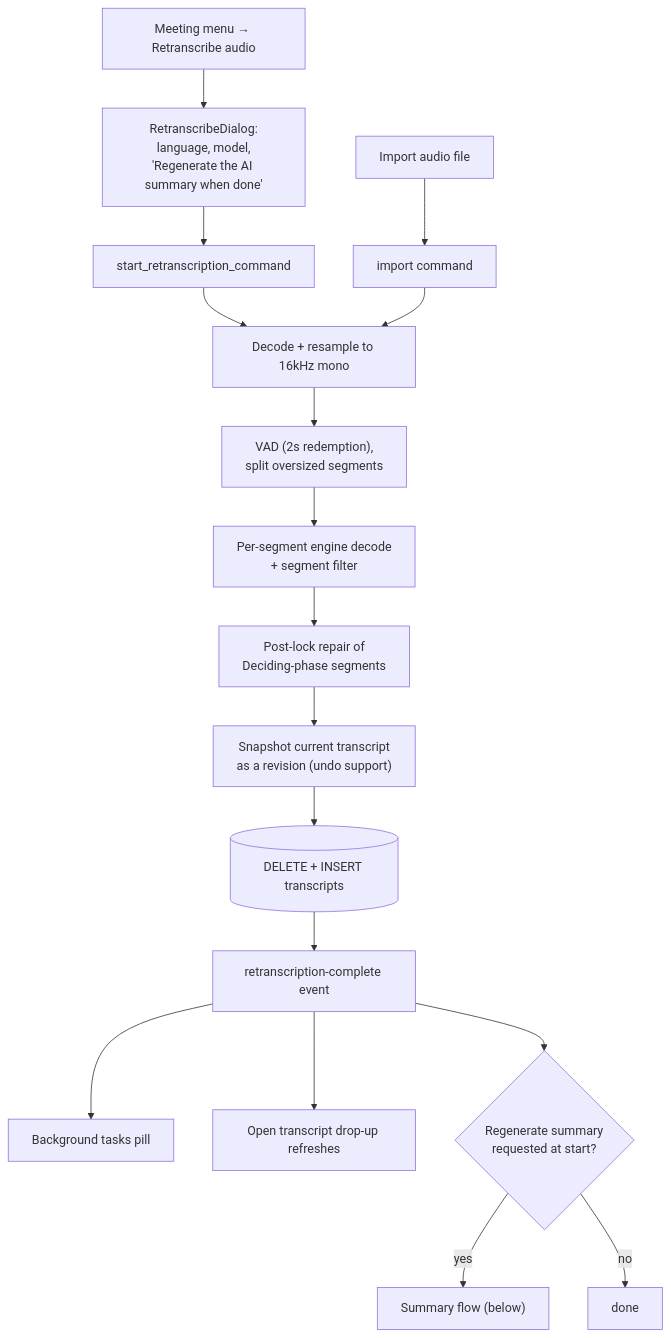
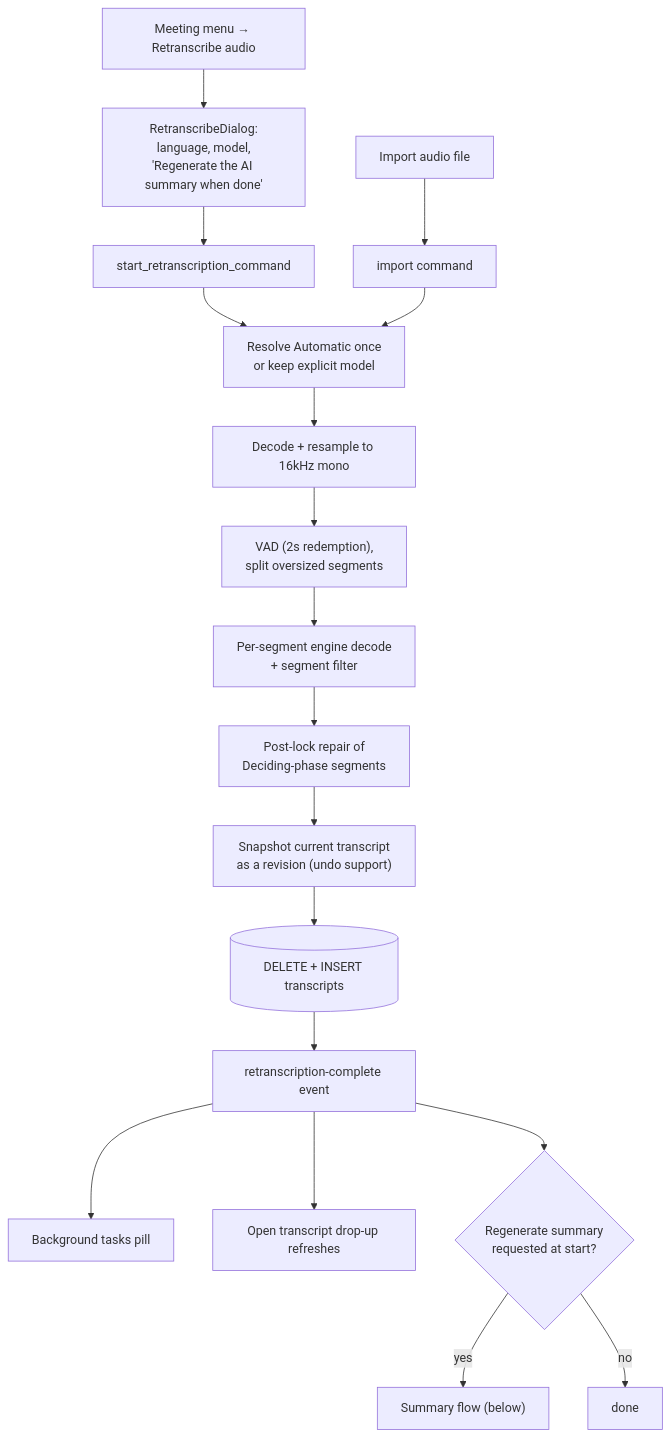
One commit to afonsojramos/muesly changed the second of 5 diagrams in docs/transcription-flows.md. Above: the diagram before and after it, drawn with Mermaid. The commit also changed other lines of this file and 20 other files, not shown here.

Commit message:
feat(transcription): add automatic model selection

````diff
--- a/docs/transcription-flows.md
+++ b/docs/transcription-flows.md
@@ -56,19 +67,20 @@
 ```mermaid
 flowchart TD
     MENU["Meeting menu → Retranscribe audio"] --> DIALOG["RetranscribeDialog:<br/>language, model,<br/>'Regenerate the AI summary when done'"]
     DIALOG --> CMD["start_retranscription_command"]
     IMPORT["Import audio file"] --> CMD2["import command"]
-    CMD --> DECODE["Decode + resample to 16kHz mono"]
-    CMD2 --> DECODE
+    CMD --> RESOLVE["Resolve Automatic once<br/>or keep explicit model"]
+    CMD2 --> RESOLVE
+    RESOLVE --> DECODE["Decode + resample to 16kHz mono"]
     DECODE --> VAD2["VAD (2s redemption),<br/>split oversized segments"]
     VAD2 --> LOOP["Per-segment engine decode<br/>+ segment filter"]
     LOOP --> REPAIR2["Post-lock repair of<br/>Deciding-phase segments"]
     REPAIR2 --> SNAP["Snapshot current transcript<br/>as a revision (undo support)"]
     SNAP --> DB[("DELETE + INSERT transcripts")]
     DB --> EVT["retranscription-complete event"]
     EVT --> PILL["Background tasks pill"]
     EVT --> DROPUP["Open transcript drop-up refreshes"]
     EVT --> CHAIN{"Regenerate summary<br/>requested at start?"}
     CHAIN -->|"yes"| SUMMARY["Summary flow (below)"]
     CHAIN -->|"no"| DONE["done"]
 ```
````
